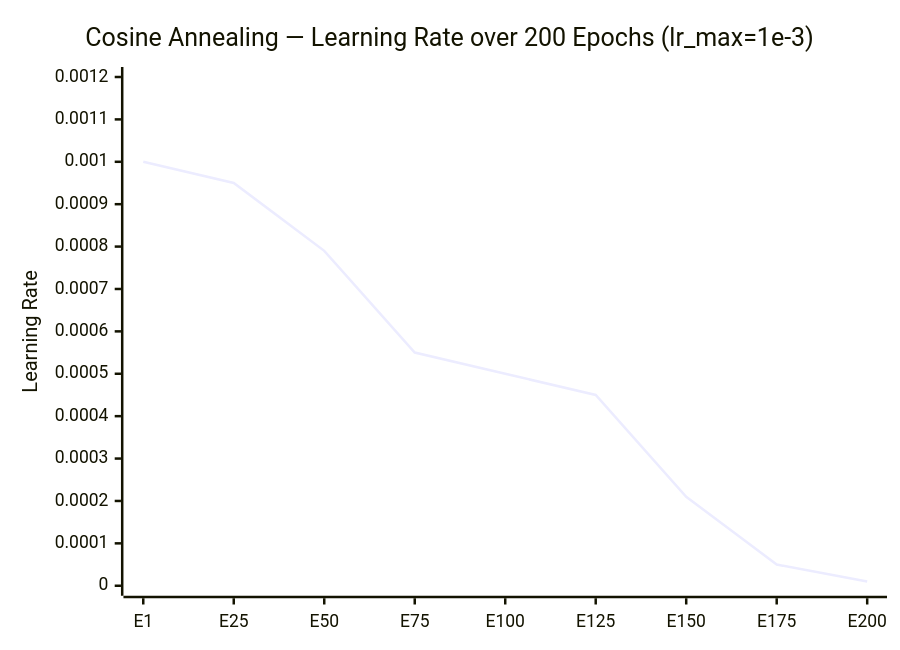
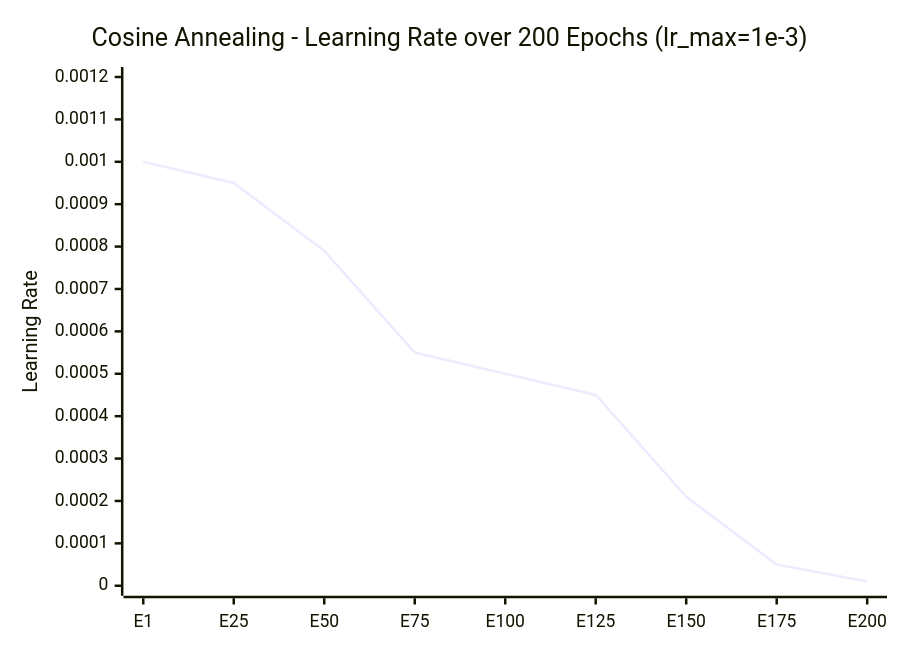
Diagram 12 of 13 in README.md (hkevin01/epochs-demo), drawn with Mermaid before and after one commit. The commit also changed other lines of this file, not shown here.

````diff
--- a/README.md
+++ b/README.md
@@ -1124,7 +1124,7 @@
 ```mermaid
 xychart-beta
-    title "Cosine Annealing — Learning Rate over 200 Epochs (lr_max=1e-3)"
+    title "Cosine Annealing  -  Learning Rate over 200 Epochs (lr_max=1e-3)"
     x-axis ["E1","E25","E50","E75","E100","E125","E150","E175","E200"]
     y-axis "Learning Rate" 0 --> 0.0012
     line [0.001, 0.00095, 0.00079, 0.00055, 0.0005, 0.00045, 0.00021, 0.00005, 0.00001]
 ```
````
